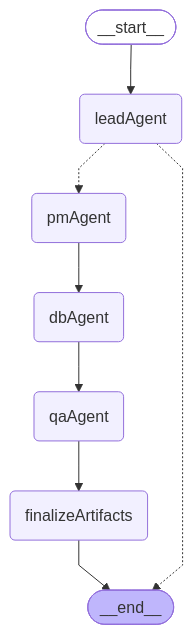
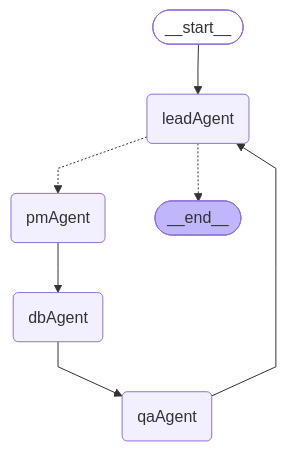
The first of 5 diagrams in frontend/internal-packages/agent/README.md (yzkee/liam), drawn with Mermaid before and after one commit. The commit also changed other lines of this file and 4 other files, not shown here.

First line of the commit message:
refactor: Integrate Lead Agent workflow management into main graph

````diff
--- a/frontend/internal-packages/agent/README.md
+++ b/frontend/internal-packages/agent/README.md
@@ -7,21 +7,19 @@
 ```mermaid
 %%{init: {'flowchart': {'curve': 'linear'}}}%%
 graph TD;
 	__start__([<p>__start__</p>]):::first
 	leadAgent(leadAgent)
 	pmAgent(pmAgent)
 	dbAgent(dbAgent)
 	qaAgent(qaAgent)
-	finalizeArtifacts(finalizeArtifacts)
 	__end__([<p>__end__</p>]):::last
 	__start__ --> leadAgent;
 	dbAgent --> qaAgent;
-	finalizeArtifacts --> __end__;
 	pmAgent --> dbAgent;
-	qaAgent --> finalizeArtifacts;
+	qaAgent --> leadAgent;
 	leadAgent -.-> pmAgent;
 	leadAgent -.-> __end__;
 	classDef default fill:#f2f0ff,line-height:1.2;
 	classDef first fill-opacity:0;
 	classDef last fill:#bfb6fc;
 ```
````
